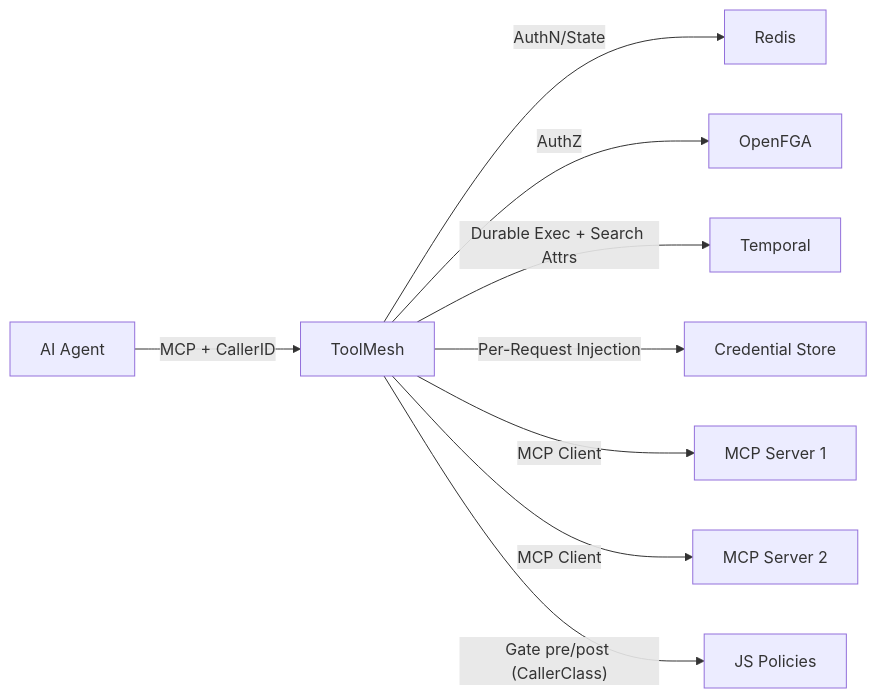
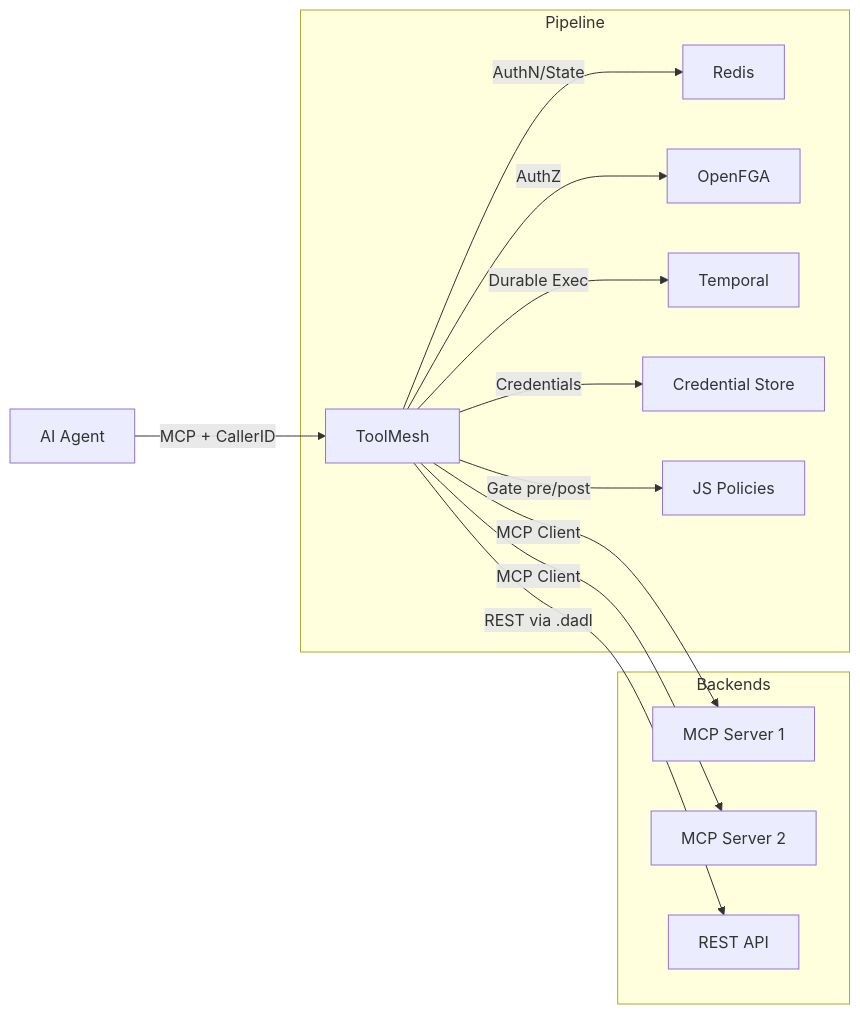
One commit to DunkelCloud/ToolMesh changed the diagram in README.md. Above: the diagram before and after it, drawn with Mermaid.

Commit message:
docs: restructure architecture diagram with pipeline/backends zones and DADL

````diff
--- a/README.md
+++ b/README.md
@@ -253,11 +253,18 @@
 ```mermaid
 graph LR
     Agent[AI Agent] -->|"MCP + CallerID"| TM[ToolMesh]
-    TM -->|AuthN/State| Redis
-    TM -->|AuthZ| FGA[OpenFGA]
-    TM -->|Durable Exec + Search Attrs| Temporal
-    TM -->|Per-Request Injection| CS[Credential Store]
-    TM -->|MCP Client| B1[MCP Server 1]
-    TM -->|MCP Client| B2[MCP Server 2]
-    TM -->|"Gate pre/post (CallerClass)"| Policy[JS Policies]
+
+    subgraph Pipeline
+        TM -->|AuthN/State| Redis
+        TM -->|AuthZ| FGA[OpenFGA]
+        TM -->|Durable Exec| Temporal
+        TM -->|Credentials| CS[Credential Store]
+        TM -->|"Gate pre/post"| Policy[JS Policies]
+    end
+
+    subgraph Backends
+        TM -->|MCP Client| B1[MCP Server 1]
+        TM -->|MCP Client| B2[MCP Server 2]
+        TM -->|"REST via .dadl"| API[REST API]
+    end
 ```
````
